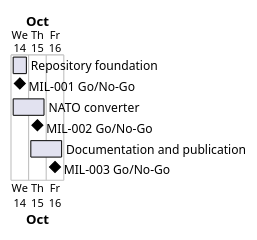
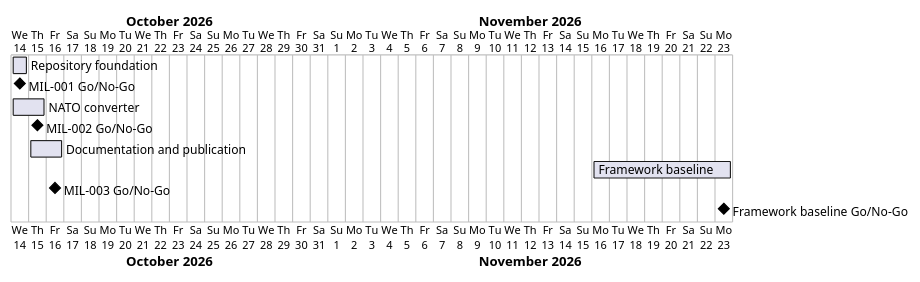
One commit to Tirsvad-Udemy-100-days-of-code/030-nato-phonetic-alphabet changed the diagram in docs/project-plan.md. Above: the diagram before and after it, drawn with PlantUML. The commit also changed other lines of this file and 47 other files, not shown here.

First line of the commit message:
Bring the project to the framework baseline (MIL-004)

````diff
--- a/docs/project-plan.md
+++ b/docs/project-plan.md
@@ -38,11 +42,13 @@
 ```plantuml
 @startgantt
 Project starts 2026-10-14
 [Repository foundation] starts 2026-10-14 and ends 2026-10-14
 [MIL-001 Go/No-Go] happens 2026-10-14
 [NATO converter] starts 2026-10-14 and ends 2026-10-15
 [MIL-002 Go/No-Go] happens 2026-10-15
 [Documentation and publication] starts 2026-10-15 and ends 2026-10-16
+[Framework baseline] starts 2026-11-16 and ends 2026-11-23
 [MIL-003 Go/No-Go] happens 2026-10-16
+[Framework baseline Go/No-Go] happens 2026-11-23
 @endgantt
 ```
````
